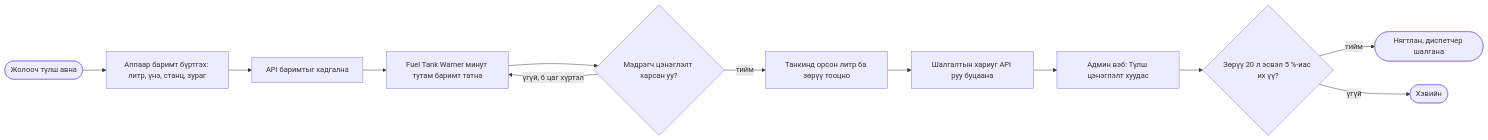
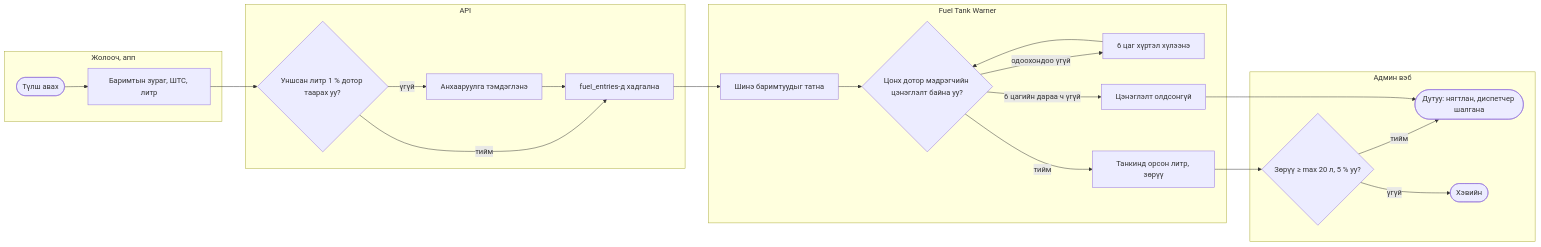
One commit to Asmodify/Open-Teever-Diploma changed the diagram in thesis/diagrams/bpmn_refuel.mmd. Above: the diagram before and after it, drawn with Mermaid. The commit also changed 52 other files, not shown here.

```diff
--- a/thesis/diagrams/bpmn_refuel.mmd
+++ b/thesis/diagrams/bpmn_refuel.mmd
@@ -1,13 +1,25 @@
-%% D5 BPMN-style process: refuel receipt to verdict (chapter 3)
+%% D5 Process: refuel receipt to GPS check (chapter 3). From src/receipts.js and the fuel rules (litres only, no money).
 flowchart LR
-  A([Жолооч түлш авна]) --> B[Аппаар баримт бүртгэх: литр, үнэ, станц, зураг]
-  B --> C[API баримтыг хадгална]
-  C --> D[Fuel Tank Warner минут тутам баримт татна]
-  D --> E{Мэдрэгч цэнэглэлт харсан уу?}
-  E -- тийм --> F[Танкинд орсон литр ба зөрүү тооцно]
-  E -- үгүй, 6 цаг хүртэл --> D
-  F --> G[Шалгалтын хариуг API руу буцаана]
-  G --> H[Админ вэб: Түлш цэнэглэлт хуудас]
-  H --> I{Зөрүү 20 л эсвэл 5 %-иас их үү?}
-  I -- тийм --> J([Нягтлан, диспетчер шалгана])
-  I -- үгүй --> K([Хэвийн])
+  subgraph D[Жолооч, апп]
+    A([Түлш авах]) --> B[Баримтын зураг, ШТС, литр]
+  end
+  subgraph S[API]
+    B --> C{Уншсан литр 1 % дотор таарах уу?}
+    C -- үгүй --> C1[Анхааруулга тэмдэглэнэ]
+    C -- тийм --> D1[fuel_entries-д хадгална]
+    C1 --> D1
+  end
+  subgraph W[Fuel Tank Warner]
+    D1 --> E[Шинэ баримтуудыг татна]
+    E --> F{Цонх дотор мэдрэгчийн цэнэглэлт байна уу?}
+    F -- одоохондоо үгүй --> F1[6 цаг хүртэл хүлээнэ]
+    F1 --> F
+    F -- тийм --> G[Танкинд орсон литр, зөрүү]
+    F -- 6 цагийн дараа ч үгүй --> G2[Цэнэглэлт олдсонгүй]
+  end
+  subgraph O[Админ вэб]
+    G --> H{Зөрүү ≥ max 20 л, 5 % уу?}
+    H -- тийм --> I([Дутуу: нягтлан, диспетчер шалгана])
+    H -- үгүй --> K([Хэвийн])
+    G2 --> I
+  end
```
